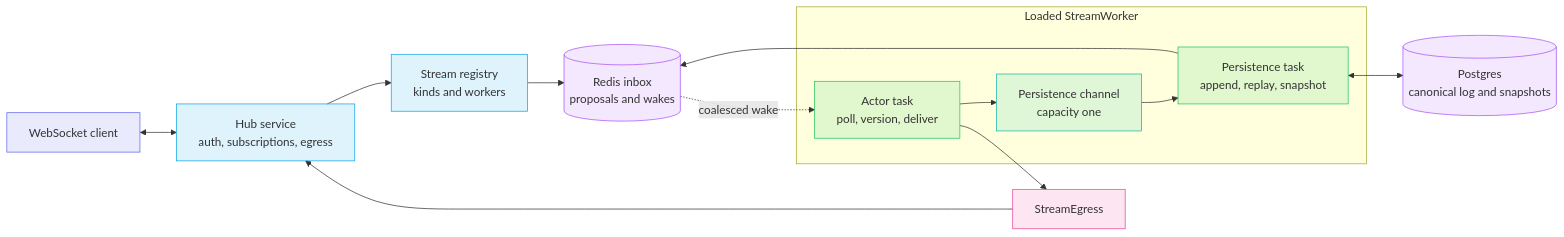
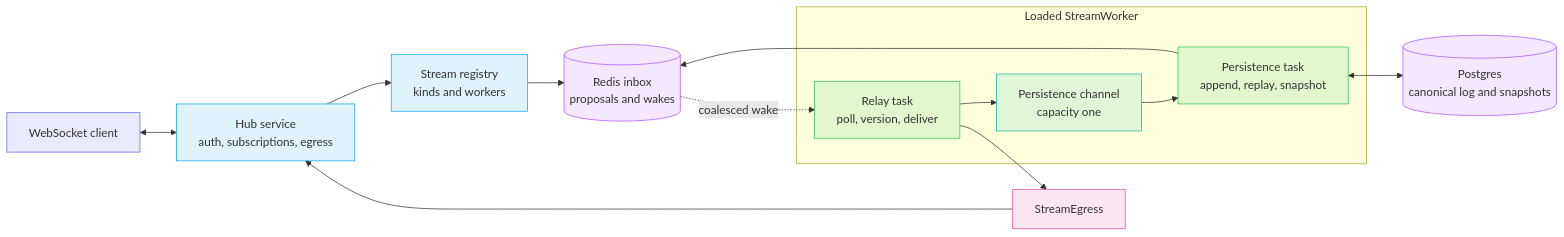
Before and after one commit to gzp79/shine-services: the first of 8 diagrams in docs/services/builder/hub.md, drawn with Mermaid. The commit also changed other lines of this file and 34 other files, not shown here.

````diff
--- a/docs/services/builder/hub.md
+++ b/docs/services/builder/hub.md
@@ -19,32 +19,32 @@
 ```mermaid
 flowchart LR
     classDef indigo fill:#6366f122,stroke:#6366f1
     classDef teal fill:#14b8a622,stroke:#14b8a6
     classDef blue fill:#0ea5e922,stroke:#0ea5e9
     classDef green fill:#22c55e22,stroke:#22c55e
     classDef violet fill:#a855f722,stroke:#a855f7
     classDef pink fill:#ec489922,stroke:#ec4899
 
     Client["WebSocket client"]:::indigo
     Hub["Hub service<br/>auth, subscriptions, egress"]:::blue
     Registry["Stream registry<br/>kinds and workers"]:::blue
     Inbox[("Redis inbox<br/>proposals and wakes")]:::violet
 
     subgraph Worker["Loaded StreamWorker"]
-        Actor["Actor task<br/>poll, version, deliver"]:::green
+        Relay["Relay task<br/>poll, version, deliver"]:::green
         Queue["Persistence channel<br/>capacity one"]:::teal
         Durable["Persistence task<br/>append, replay, snapshot"]:::green
     end
 
     Log[("Postgres<br/>canonical log and snapshots")]:::violet
     Egress["StreamEgress"]:::pink
 
     Client <--> Hub
     Hub --> Registry
     Registry --> Inbox
-    Inbox -. "coalesced wake" .-> Actor
-    Actor --> Queue --> Durable
+    Inbox -. "coalesced wake" .-> Relay
+    Relay --> Queue --> Durable
     Durable <--> Log
     Durable --> Inbox
-    Actor --> Egress --> Hub
+    Relay --> Egress --> Hub
 ```
````
